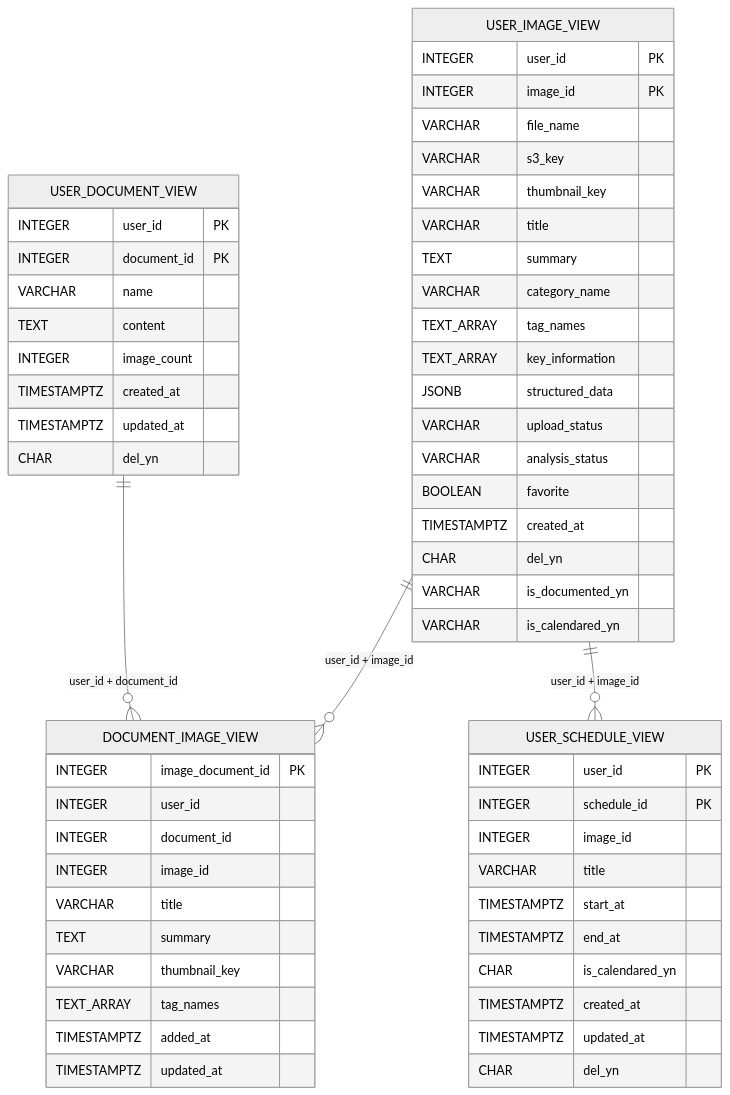
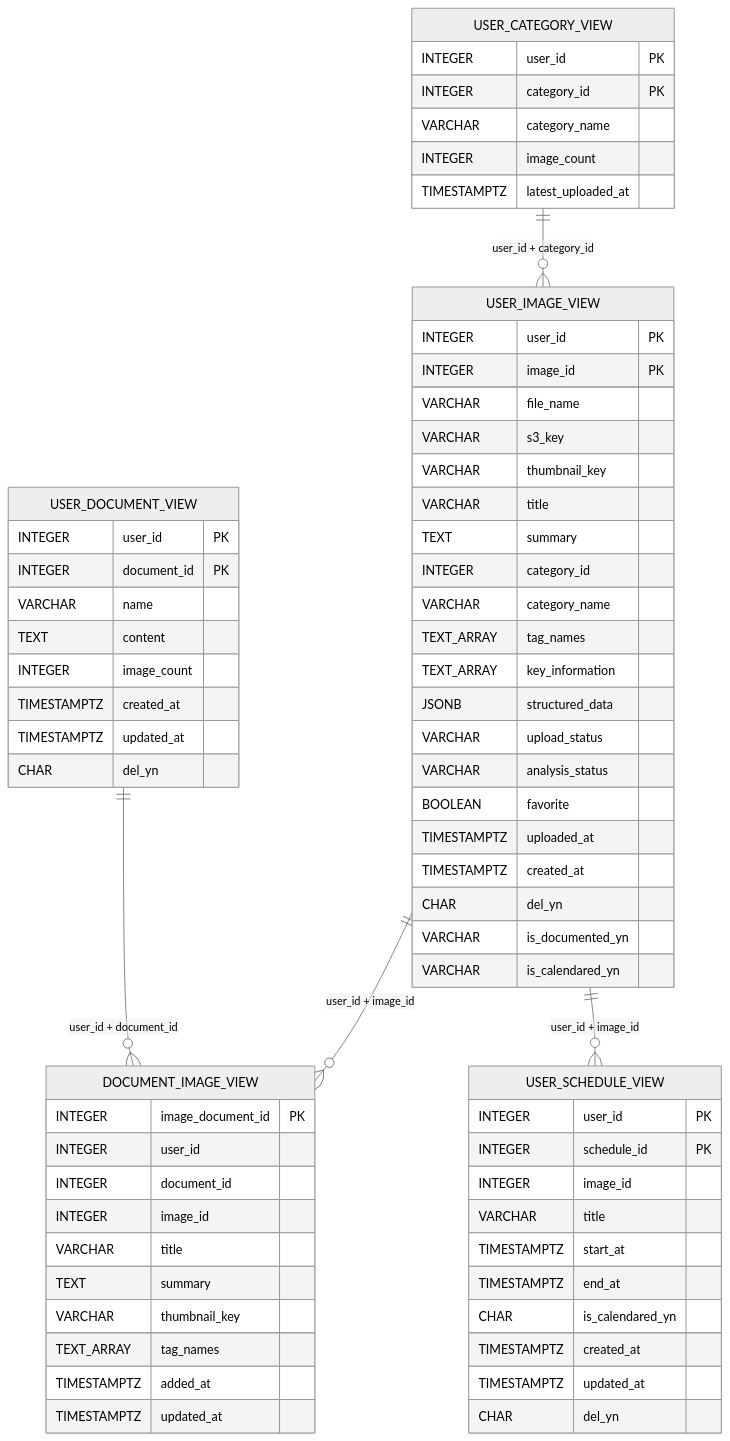
The third of 4 diagrams in backend/docs/database-erd.md (hantawon123/MODERA), drawn with Mermaid (neutral theme) before and after one commit. The commit also changed other lines of this file and 2 other files, not shown here.

Commit message:
chore : category_db

````diff
--- a/backend/docs/database-erd.md
+++ b/backend/docs/database-erd.md
@@ -263,64 +263,75 @@
 ```mermaid
 erDiagram
+    USER_CATEGORY_VIEW ||--o{ USER_IMAGE_VIEW : "user_id + category_id"
     USER_IMAGE_VIEW ||--o{ DOCUMENT_IMAGE_VIEW : "user_id + image_id"
     USER_DOCUMENT_VIEW ||--o{ DOCUMENT_IMAGE_VIEW : "user_id + document_id"
     USER_IMAGE_VIEW ||--o{ USER_SCHEDULE_VIEW : "user_id + image_id"
 
     USER_IMAGE_VIEW {
         INTEGER user_id PK
         INTEGER image_id PK
         VARCHAR file_name
         VARCHAR s3_key
         VARCHAR thumbnail_key
         VARCHAR title
         TEXT summary
+        INTEGER category_id
         VARCHAR category_name
         TEXT_ARRAY tag_names
         TEXT_ARRAY key_information
         JSONB structured_data
         VARCHAR upload_status
         VARCHAR analysis_status
         BOOLEAN favorite
+        TIMESTAMPTZ uploaded_at
         TIMESTAMPTZ created_at
         CHAR del_yn
         VARCHAR is_documented_yn
         VARCHAR is_calendared_yn
+    }
+
+    USER_CATEGORY_VIEW {
+        INTEGER user_id PK
+        INTEGER category_id PK
+        VARCHAR category_name
+        INTEGER image_count
+        TIMESTAMPTZ latest_uploaded_at
     }
 
     USER_DOCUMENT_VIEW {
         INTEGER user_id PK
         INTEGER document_id PK
         VARCHAR name
         TEXT content
         INTEGER image_count
         TIMESTAMPTZ created_at
         TIMESTAMPTZ updated_at
         CHAR del_yn
     }
 
     DOCUMENT_IMAGE_VIEW {
         INTEGER image_document_id PK
         INTEGER user_id
         INTEGER document_id
         INTEGER image_id
         VARCHAR title
         TEXT summary
         VARCHAR thumbnail_key
         TEXT_ARRAY tag_names
         TIMESTAMPTZ added_at
         TIMESTAMPTZ updated_at
     }
 
     USER_SCHEDULE_VIEW {
         INTEGER user_id PK
         INTEGER schedule_id PK
         INTEGER image_id
         VARCHAR title
         TIMESTAMPTZ start_at
         TIMESTAMPTZ end_at
         CHAR is_calendared_yn
         TIMESTAMPTZ created_at
         TIMESTAMPTZ updated_at
         CHAR del_yn
     }
 ```
````
